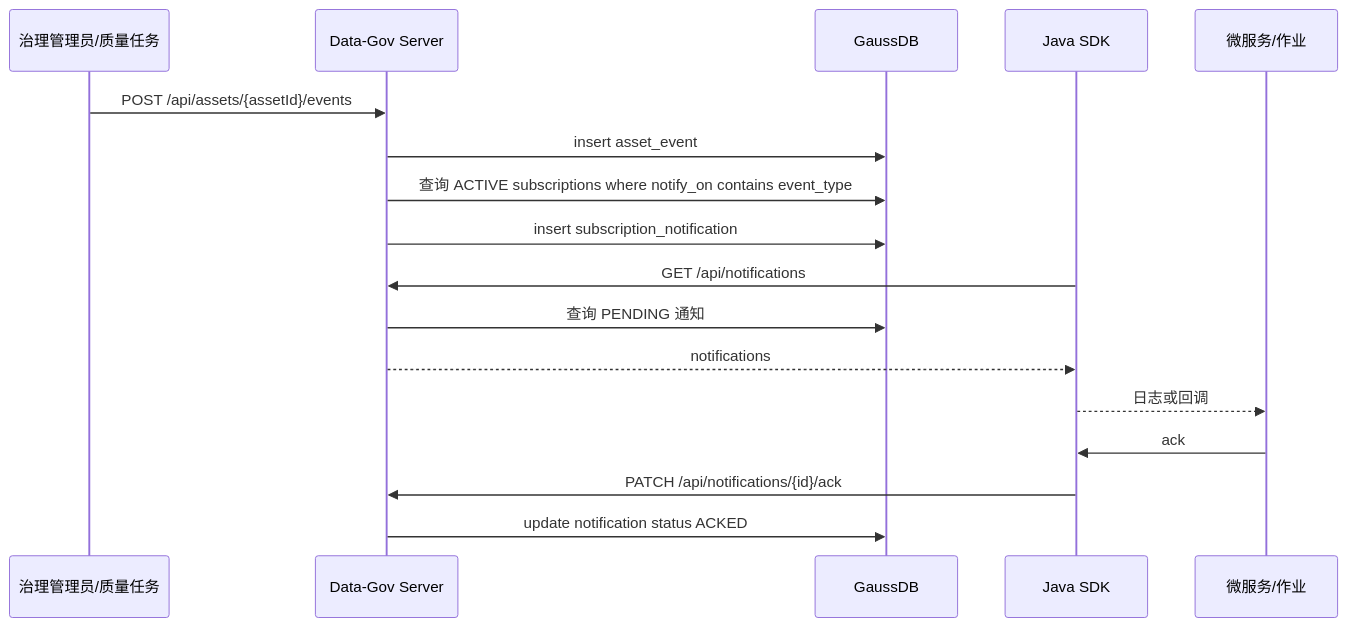
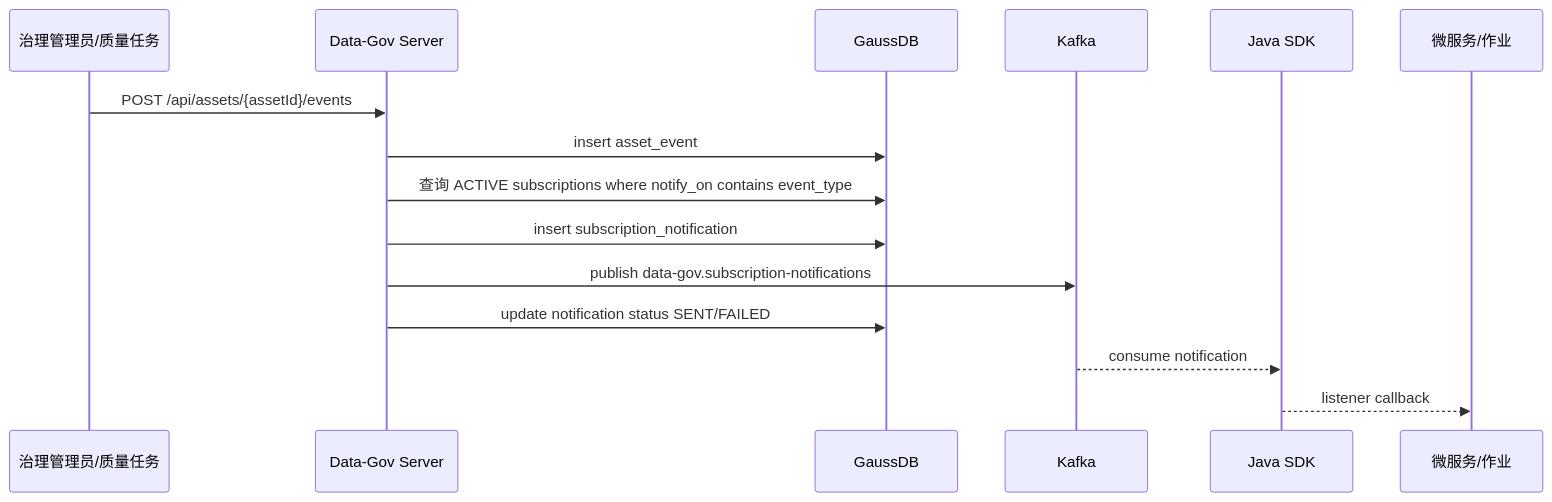
One commit to w00125533/data-gov changed the eighth of 10 diagrams in docs/superpowers/specs/2026-06-10-data-product-governance-design.md. Above: the diagram before and after it, drawn with Mermaid. The commit also changed other lines of this file, not shown here.

Commit message:
docs: revise sdk notification and job declaration design

````diff
--- a/docs/superpowers/specs/2026-06-10-data-product-governance-design.md
+++ b/docs/superpowers/specs/2026-06-10-data-product-governance-design.md
@@ -1134,20 +1097,18 @@
 ```mermaid
 sequenceDiagram
     participant Admin as 治理管理员/质量任务
     participant Server as Data-Gov Server
     participant DB as GaussDB
+    participant Kafka as Kafka
     participant SDK as Java SDK
     participant App as 微服务/作业
 
     Admin->>Server: POST /api/assets/{assetId}/events
     Server->>DB: insert asset_event
     Server->>DB: 查询 ACTIVE subscriptions where notify_on contains event_type
     Server->>DB: insert subscription_notification
-    SDK->>Server: GET /api/notifications
-    Server->>DB: 查询 PENDING 通知
-    Server-->>SDK: notifications
-    SDK-->>App: 日志或回调
-    App->>SDK: ack
-    SDK->>Server: PATCH /api/notifications/{id}/ack
-    Server->>DB: update notification status ACKED
+    Server->>Kafka: publish data-gov.subscription-notifications
+    Server->>DB: update notification status SENT/FAILED
+    Kafka-->>SDK: consume notification
+    SDK-->>App: listener callback
 ```
````
